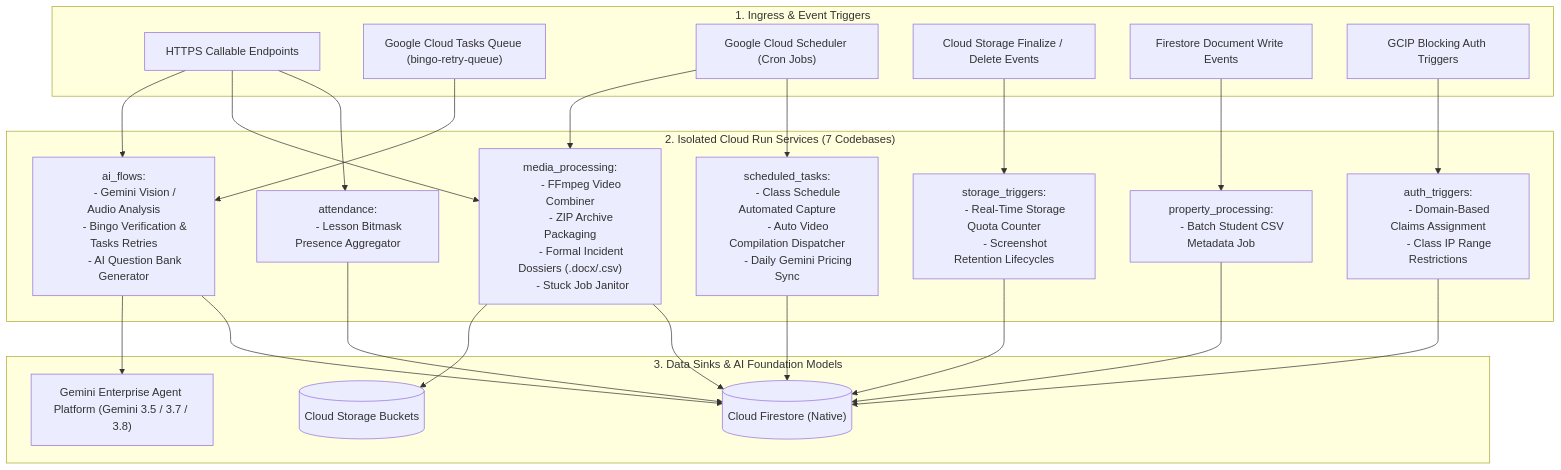
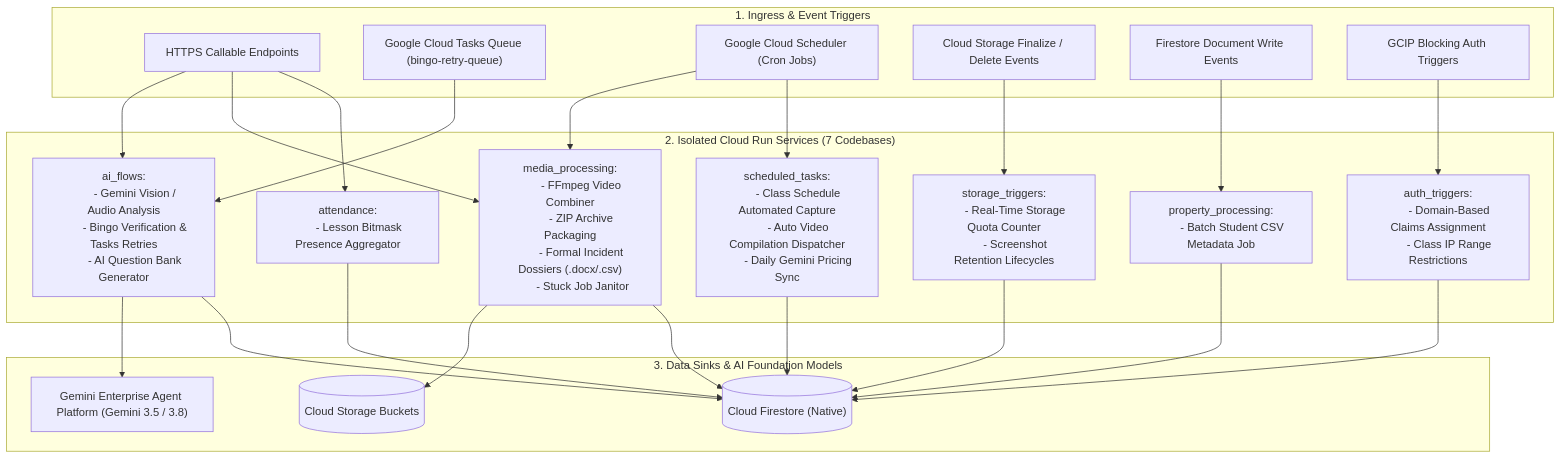
One commit to wongcyrus/Google-AI-Classroom changed the third of 4 diagrams in docs/user-manual-admin.md. Above: the diagram before and after it, drawn with Mermaid. The commit also changed other lines of this file and 25 other files, not shown here.

````diff
--- a/docs/user-manual-admin.md
+++ b/docs/user-manual-admin.md
@@ -277,63 +277,63 @@
 ```mermaid
 flowchart TD
     subgraph Triggers ["1. Ingress & Event Triggers"]
         HTTP["HTTPS Callable Endpoints"]
         TASKS["Google Cloud Tasks Queue (bingo-retry-queue)"]
         CRON["Google Cloud Scheduler (Cron Jobs)"]
         GCS_EV["Cloud Storage Finalize / Delete Events"]
         DB_EV["Firestore Document Write Events"]
         AUTH_EV["GCIP Blocking Auth Triggers"]
     end
 
     subgraph Codebases ["2. Isolated Cloud Run Services (7 Codebases)"]
         CB1["ai_flows:
         - Gemini Vision / Audio Analysis
         - Bingo Verification & Tasks Retries
         - AI Question Bank Generator"]
         CB2["media_processing:
         - FFmpeg Video Combiner
         - ZIP Archive Packaging
         - Formal Incident Dossiers (.docx/.csv)
         - Stuck Job Janitor"]
         CB3["auth_triggers:
         - Domain-Based Claims Assignment
         - Class IP Range Restrictions"]
         CB4["storage_triggers:
         - Real-Time Storage Quota Counter
         - Screenshot Retention Lifecycles"]
         CB5["scheduled_tasks:
         - Class Schedule Automated Capture
         - Auto Video Compilation Dispatcher
         - Daily Gemini Pricing Sync"]
         CB6["property_processing:
         - Batch Student CSV Metadata Job"]
         CB7["attendance:
         - Lesson Bitmask Presence Aggregator"]
     end
 
     subgraph Sinks ["3. Data Sinks & AI Foundation Models"]
         FS[("Cloud Firestore (Native)")]
         GCS[("Cloud Storage Buckets")]
-        VAI["Gemini Enterprise Agent Platform (Gemini 3.5 / 3.7 / 3.8)"]
+        VAI["Gemini Enterprise Agent Platform (Gemini 3.5 / 3.8)"]
     end
 
     HTTP --> CB1
     TASKS --> CB1
     HTTP --> CB2
     CRON --> CB2
     AUTH_EV --> CB3
     GCS_EV --> CB4
     CRON --> CB5
     DB_EV --> CB6
     HTTP --> CB7
 
     CB1 --> VAI
     CB1 --> FS
     CB2 --> GCS
     CB2 --> FS
     CB3 --> FS
     CB4 --> FS
     CB5 --> FS
     CB6 --> FS
     CB7 --> FS
 ```
````
